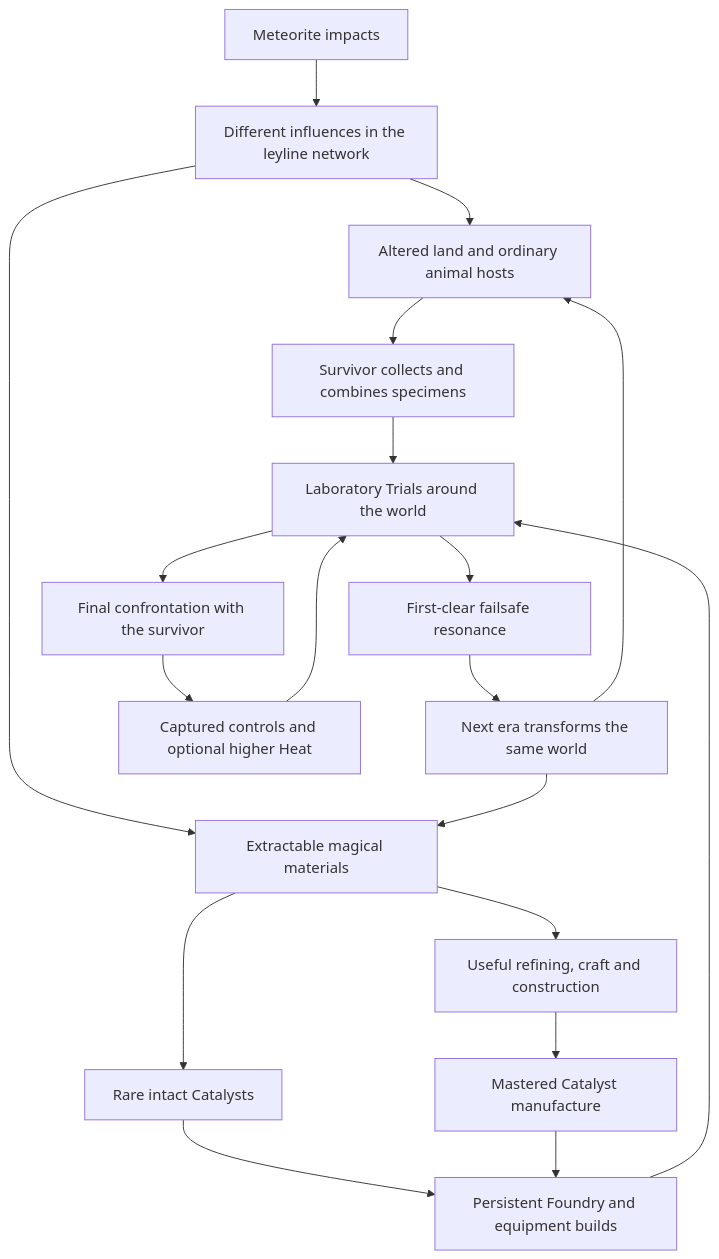
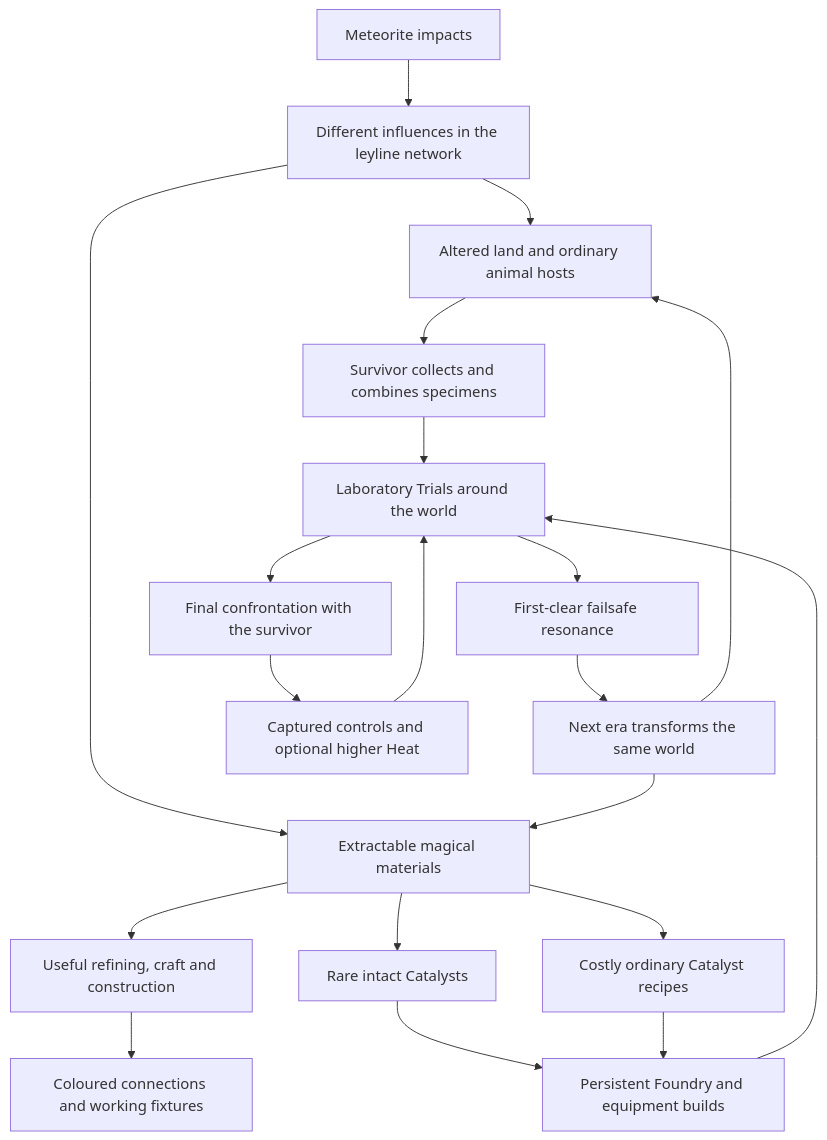
The diagram in docs/prototype/living-frontier-roadmap-2026-09-08.md (Jattymoels/project-wroughtwild), drawn with Mermaid before and after one commit. The commit also changed other lines of this file and 6 other files, not shown here.

Commit message:
docs: simplify catalyst recipes and sequence coloured construction

````diff
--- a/docs/prototype/living-frontier-roadmap-2026-09-08.md
+++ b/docs/prototype/living-frontier-roadmap-2026-09-08.md
@@ -34,21 +38,22 @@
 ```mermaid
 flowchart TD
     A[Meteorite impacts] --> B[Different influences in the leyline network]
     B --> C[Altered land and ordinary animal hosts]
     B --> D[Extractable magical materials]
     D --> E[Useful refining, craft and construction]
     D --> F[Rare intact Catalysts]
-    E --> G[Mastered Catalyst manufacture]
+    D --> G[Costly ordinary Catalyst recipes]
+    E --> O[Coloured connections and working fixtures]
     F --> H[Persistent Foundry and equipment builds]
     G --> H
     C --> I[Survivor collects and combines specimens]
     I --> J[Laboratory Trials around the world]
     H --> J
     J --> K[First-clear failsafe resonance]
     K --> L[Next era transforms the same world]
     L --> C
     L --> D
     J --> M[Final confrontation with the survivor]
     M --> N[Captured controls and optional higher Heat]
     N --> J
 ```
````
